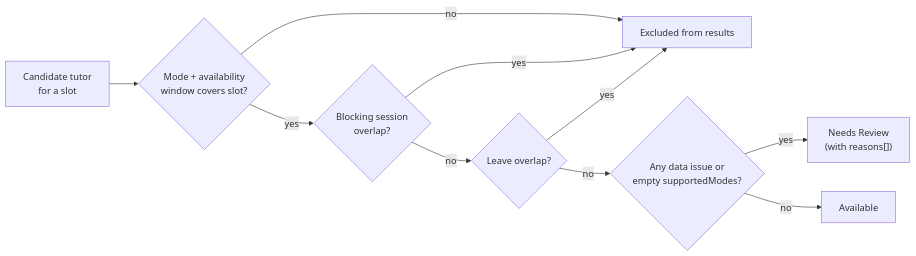
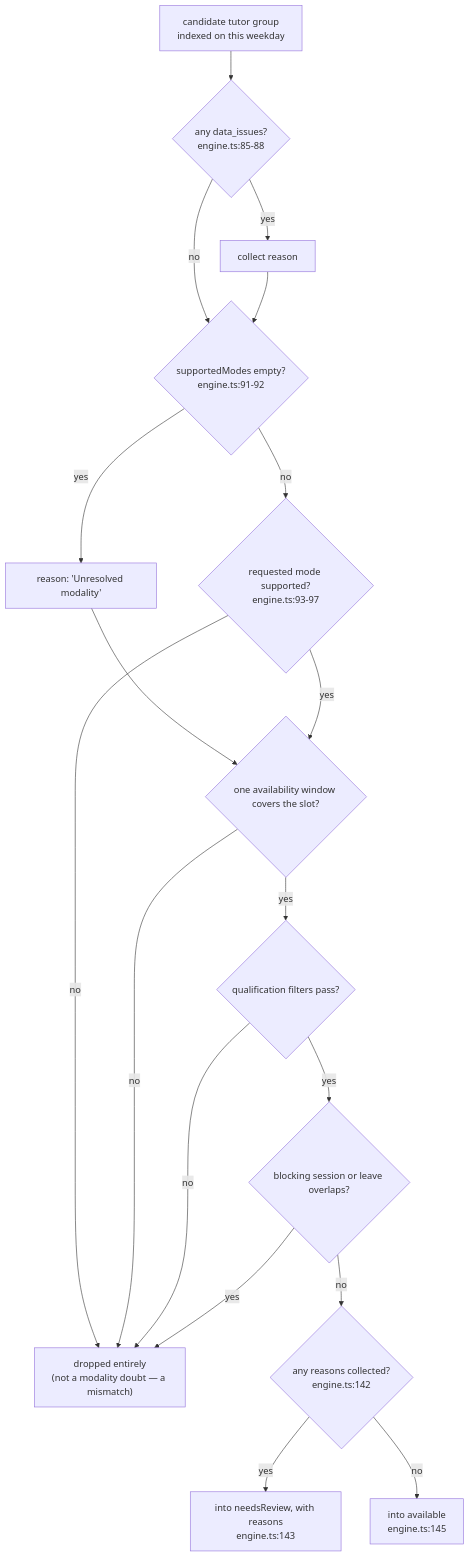
The fourth of 4 diagrams in docs/handbook/glossary.md (kasheesh711/bgscheduler), drawn with Mermaid before and after one commit. The commit also changed other lines of this file and 95 other files, not shown here.

````diff
--- a/docs/handbook/glossary.md
+++ b/docs/handbook/glossary.md
@@ -214,12 +275,20 @@
 ```mermaid
-flowchart LR
-    S["Candidate tutor<br/>for a slot"] --> M{"Mode + availability<br/>window covers slot?"}
-    M -- no --> X["Excluded from results"]
-    M -- yes --> B{"Blocking session<br/>overlap?"}
-    B -- yes --> X
-    B -- no --> L{"Leave overlap?"}
-    L -- yes --> X
-    L -- no --> R{"Any data issue or<br/>empty supportedModes?"}
-    R -- yes --> NR["Needs Review<br/>(with reasons[])"]
-    R -- no --> AV["Available"]
+flowchart TD
+  C["candidate tutor group<br/>indexed on this weekday"] --> D{"any data_issues?<br/>engine.ts:85-88"}
+  D -- yes --> R1["collect reason"]
+  D -- no --> M
+  R1 --> M{"supportedModes empty?<br/>engine.ts:91-92"}
+  M -- yes --> R2["reason: 'Unresolved modality'"]
+  M -- no --> MM{"requested mode supported?<br/>engine.ts:93-97"}
+  MM -- no --> SKIP["dropped entirely<br/>(not a modality doubt — a mismatch)"]
+  R2 --> W
+  MM -- yes --> W{"one availability window covers the slot?"}
+  W -- no --> SKIP
+  W -- yes --> F{"qualification filters pass?"}
+  F -- no --> SKIP
+  F -- yes --> B{"blocking session or leave overlaps?"}
+  B -- yes --> SKIP
+  B -- no --> OUT{"any reasons collected?<br/>engine.ts:142"}
+  OUT -- yes --> NR["into needsReview, with reasons<br/>engine.ts:143"]
+  OUT -- no --> AV["into available<br/>engine.ts:145"]
 ```
````
